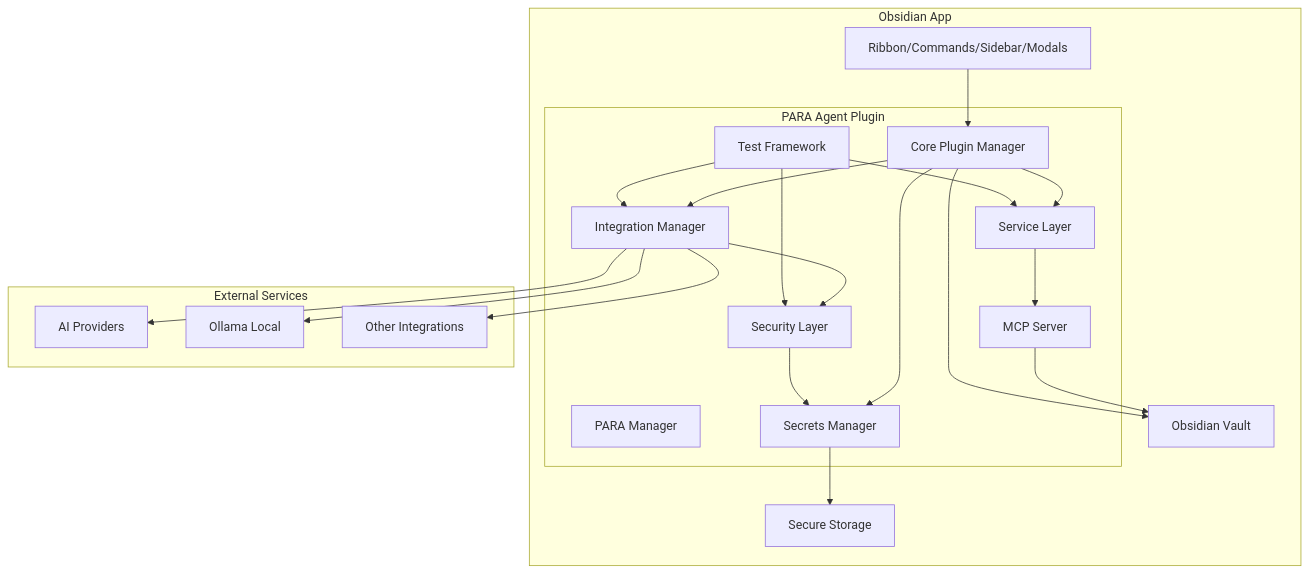
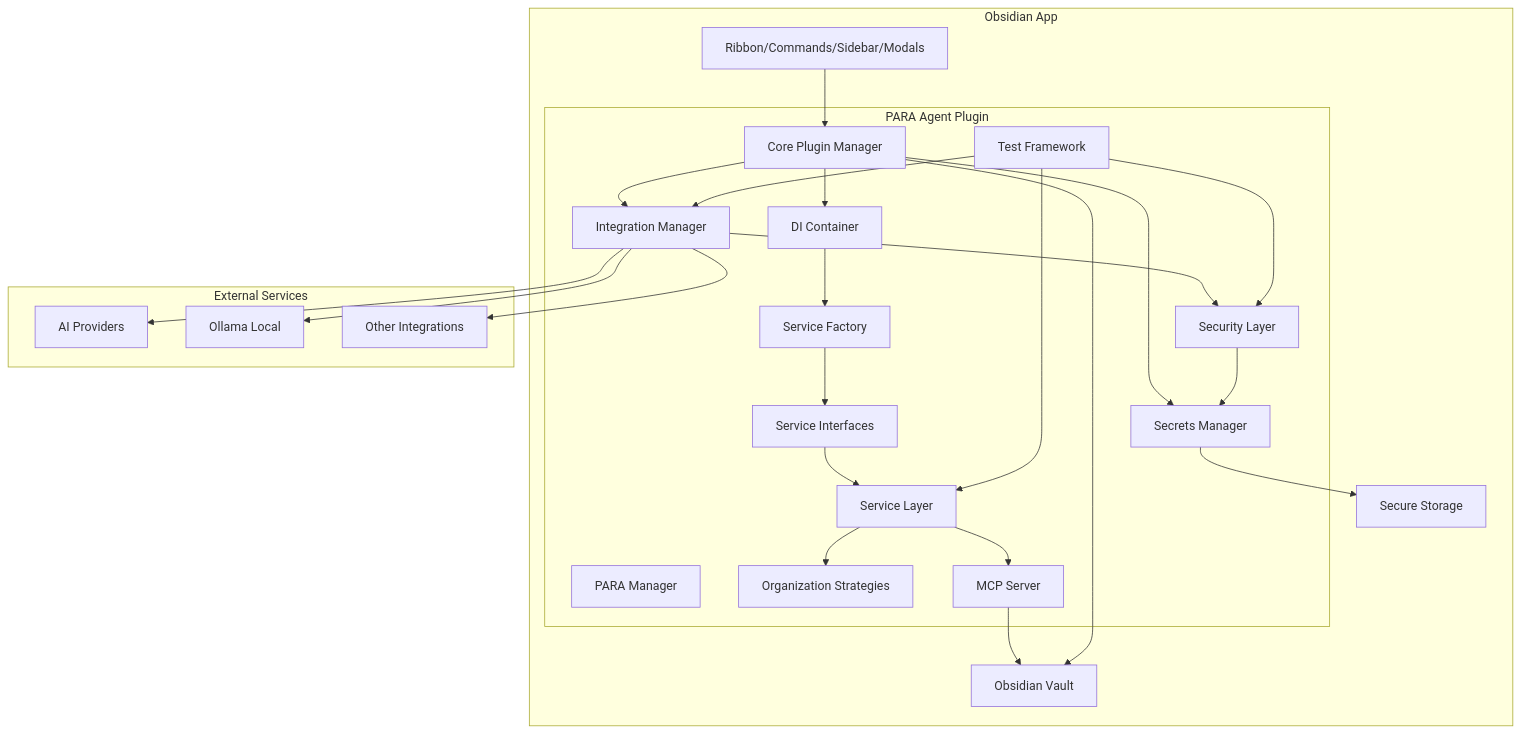
The diagram in Overall_plan.md (shivam-g10/para-method-bot), drawn with Mermaid before and after one commit. The commit also changed other lines of this file and 57 other files, not shown here.

````diff
--- a/Overall_plan.md
+++ b/Overall_plan.md
@@ -11,43 +29,51 @@
 ```mermaid
 graph TB
     subgraph obsidian [Obsidian App]
         subgraph plugin [PARA Agent Plugin]
             Core[Core Plugin Manager]
             PARA[PARA Manager]
+            DIContainer[DI Container]
+            ServiceFactory[Service Factory]
+            Interfaces[Service Interfaces]
             Services[Service Layer]
+            Strategies[Organization Strategies]
             Integrations[Integration Manager]
             SecretsMgr[Secrets Manager]
             Security[Security Layer]
             MCPServer[MCP Server]
             TestFramework[Test Framework]
         end
         
         UI[Ribbon/Commands/Sidebar/Modals]
         Vault[Obsidian Vault]
         SecureStore[Secure Storage]
     end
     
     subgraph external [External Services]
         AIProviders[AI Providers]
         Ollama[Ollama Local]
         MCPServer[MCP Server]
         OtherIntegrations[Other Integrations]
     end
     
-    Core --> Services
+    Core --> DIContainer
+    DIContainer --> ServiceFactory
+    ServiceFactory --> Interfaces
+    Interfaces --> Services
+    Services --> Strategies
     Core --> Integrations
     Core --> SecretsMgr
     Integrations --> Security
     Security --> SecretsMgr
     SecretsMgr --> SecureStore
     Integrations --> AIProviders
     Integrations --> Ollama
     Integrations --> OtherIntegrations
     MCPServer --> Vault
     Services --> MCPServer
     UI --> Core
     Core --> Vault
     TestFramework --> Services
     TestFramework --> Integrations
     TestFramework --> Security
 ```
````
